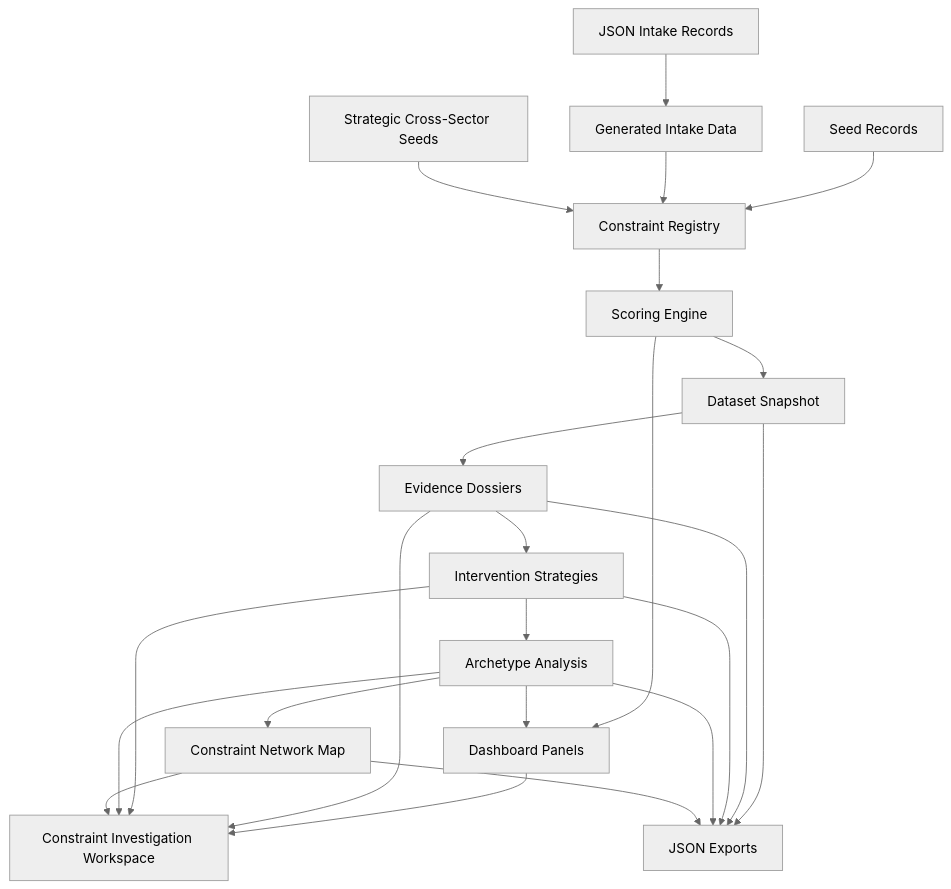
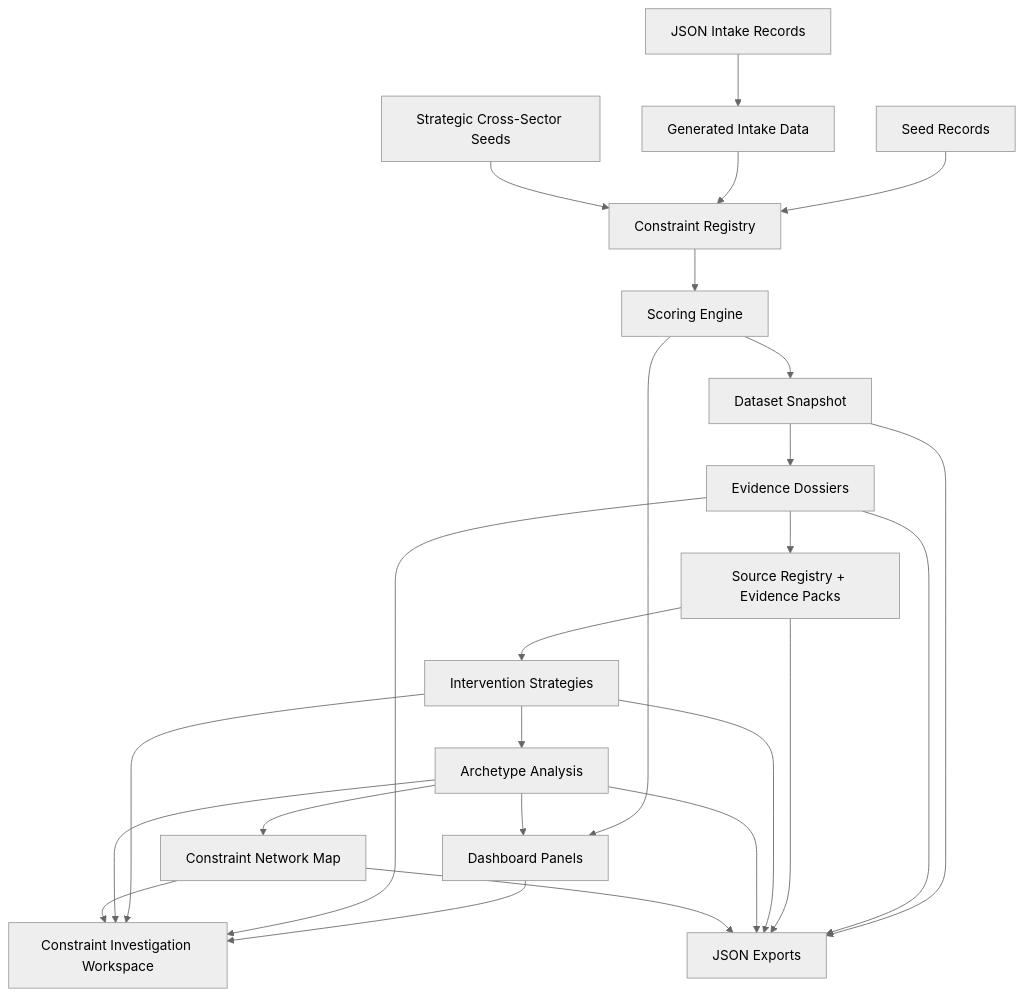
The diagram in README.md (EtherTabu/economic-x-ray-vision), drawn with Mermaid (neutral theme) before and after one commit. The commit also changed other lines of this file and 14 other files, not shown here.

Commit message:
Add source registry and evidence packs

````diff
--- a/README.md
+++ b/README.md
@@ -83,25 +85,27 @@
 ```mermaid
 flowchart TD
   A["Seed Records"] --> C["Constraint Registry"]
   B["JSON Intake Records"] --> D["Generated Intake Data"]
   D --> C
   E["Strategic Cross-Sector Seeds"] --> C
   C --> F["Scoring Engine"]
   F --> G["Dataset Snapshot"]
   G --> H["Evidence Dossiers"]
-  H --> I["Intervention Strategies"]
+  H --> O["Source Registry + Evidence Packs"]
+  O --> I["Intervention Strategies"]
   I --> J["Archetype Analysis"]
   J --> N["Constraint Network Map"]
   F --> K["Dashboard Panels"]
   K --> M["Constraint Investigation Workspace"]
   H --> M
   I --> M
   J --> M
   N --> M
   G --> L["JSON Exports"]
   H --> L
+  O --> L
   I --> L
   J --> L
   N --> L
   J --> K
 ```
````
